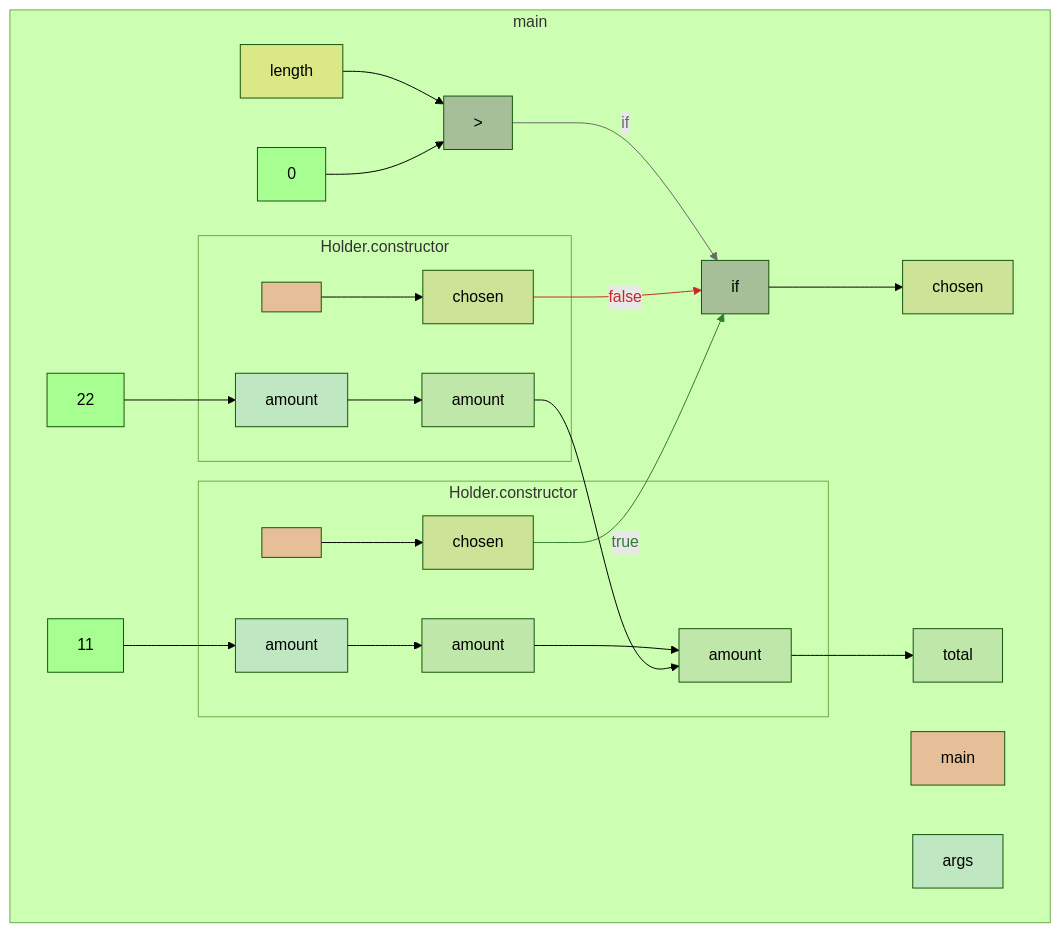
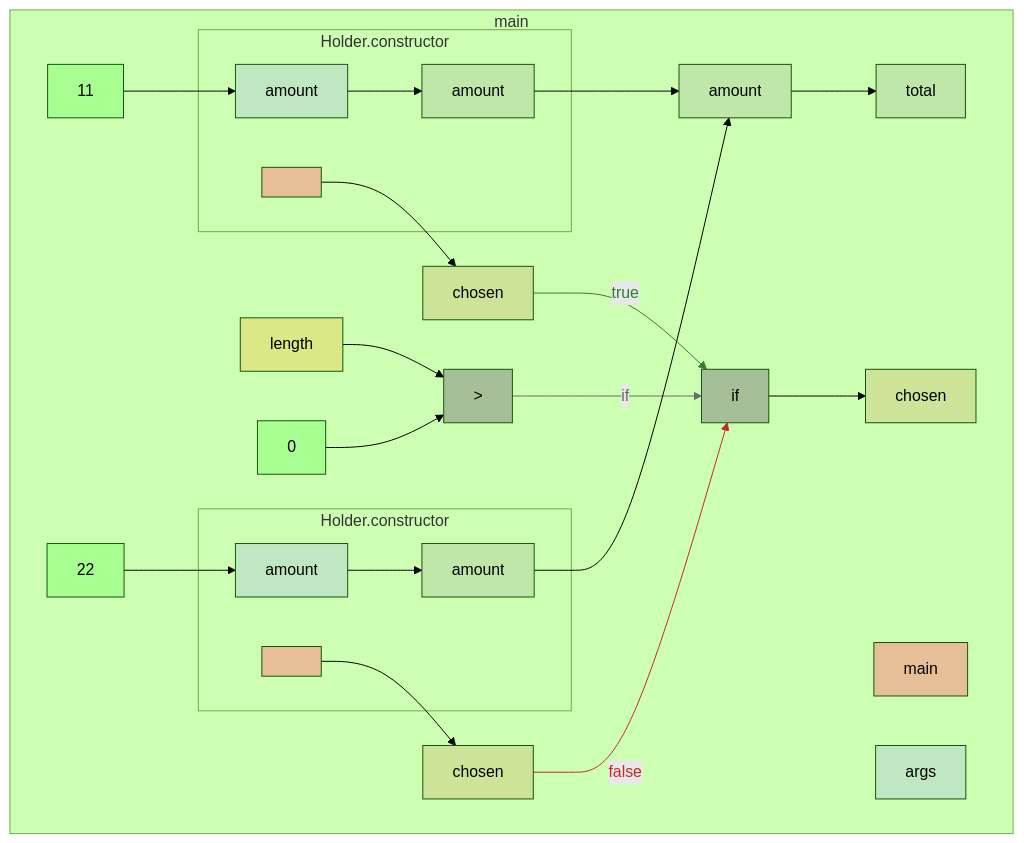
The diagram in app/src/test/resources/aliasBranch/truth.md (gstiebler/codeflow), drawn with Mermaid (forest theme) before and after one commit. The commit also changed 34 other files, not shown here.

````diff
--- a/app/src/test/resources/aliasBranch/truth.md
+++ b/app/src/test/resources/aliasBranch/truth.md
@@ -1,53 +1,53 @@
 ```mermaid
 flowchart TD
   subgraph b0["main"]
     n1[main]:::RETURN
     n2[args]:::FUNC_PARAM
     n3[length]:::EXTERNAL
     n4[0]:::LITERAL
     n5[>]:::BIN_OP
     n6[11]:::LITERAL
     n11[chosen]:::OBJ_VARIABLE
     n12[22]:::LITERAL
     n17[chosen]:::OBJ_VARIABLE
     n18[if]:::BIN_OP
     n19[chosen]:::OBJ_VARIABLE
     n20[amount]:::VARIABLE
     n21[total]:::VARIABLE
     n3[length]:::EXTERNAL --> n5[>]:::BIN_OP
     n4[0]:::LITERAL --> n5[>]:::BIN_OP
     n5[>]:::BIN_OP -->|if| n18[if]:::BIN_OP
     n6[11]:::LITERAL --> n9[amount]:::FUNC_PARAM
     n11[chosen]:::OBJ_VARIABLE -->|true| n18[if]:::BIN_OP
     n12[22]:::LITERAL --> n15[amount]:::FUNC_PARAM
     n17[chosen]:::OBJ_VARIABLE -->|false| n18[if]:::BIN_OP
     n18[if]:::BIN_OP --> n19[chosen]:::OBJ_VARIABLE
     n20[amount]:::VARIABLE --> n21[total]:::VARIABLE
+    n8[<init>]:::RETURN --> n11[chosen]:::OBJ_VARIABLE
+    n10[amount]:::VARIABLE --> n20[amount]:::VARIABLE
+    n14[<init>]:::RETURN --> n17[chosen]:::OBJ_VARIABLE
+    n16[amount]:::VARIABLE --> n20[amount]:::VARIABLE
     subgraph b7["Holder.constructor"]
       n8[<init>]:::RETURN
       n9[amount]:::FUNC_PARAM
       n10[amount]:::VARIABLE
-      n8[<init>]:::RETURN --> n11[chosen]:::OBJ_VARIABLE
       n9[amount]:::FUNC_PARAM --> n10[amount]:::VARIABLE
-      n10[amount]:::VARIABLE --> n20[amount]:::VARIABLE
     end
     subgraph b13["Holder.constructor"]
       n14[<init>]:::RETURN
       n15[amount]:::FUNC_PARAM
       n16[amount]:::VARIABLE
-      n14[<init>]:::RETURN --> n17[chosen]:::OBJ_VARIABLE
       n15[amount]:::FUNC_PARAM --> n16[amount]:::VARIABLE
-      n16[amount]:::VARIABLE --> n20[amount]:::VARIABLE
     end
   end
   linkStyle 2 stroke:#6a6a6a,color:#6a6a6a
   linkStyle 4 stroke:#2e7d32,color:#2e7d32
   linkStyle 6 stroke:#c62828,color:#c62828
   classDef LITERAL fill:#00FF0030
   classDef VARIABLE fill:#80808030
   classDef BIN_OP fill:#80808080
   classDef FUNC_PARAM fill:#8080FF30
   classDef RETURN fill:#FF808080
   classDef EXTERNAL fill:#FFA50040
   classDef UNMODELLED fill:#FF000030,stroke-dasharray: 4 2
 ```
````
